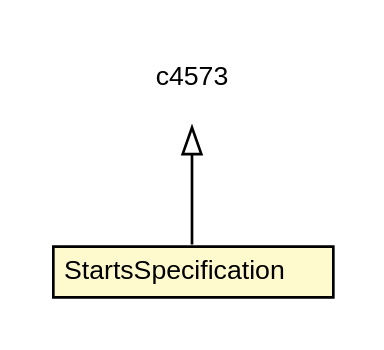
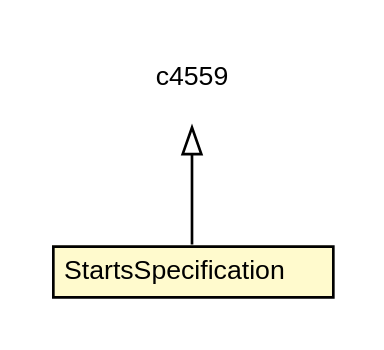
The diagram in dddlib-domain/testapidocs/org/dayatang/domain/specification/StartsSpecification.dot (dayatang/dddlib), drawn with Graphviz before and after one commit. The commit also changed 869 other files, not shown here.

```diff
--- a/dddlib-domain/testapidocs/org/dayatang/domain/specification/StartsSpecification.dot
+++ b/dddlib-domain/testapidocs/org/dayatang/domain/specification/StartsSpecification.dot
@@ -1,20 +1,20 @@
 #!/usr/local/bin/dot
 #
 # Class diagram 
 # Generated by UMLGraph version R5_6_6-8-g8d7759 (http://www.umlgraph.org/)
 #
 
 digraph G {
 	edge [fontname="Helvetica",fontsize=10,labelfontname="Helvetica",labelfontsize=10];
 	node [fontname="Helvetica",fontsize=10,shape=plaintext];
 	nodesep=0.25;
 	ranksep=0.5;
 	// org.dayatang.domain.specification.StartsSpecification
-	c4567 [label=<<table title="org.dayatang.domain.specification.StartsSpecification" border="0" cellborder="1" cellspacing="0" cellpadding="2" port="p" bgcolor="lemonChiffon" href="./StartsSpecification.html">
+	c4553 [label=<<table title="org.dayatang.domain.specification.StartsSpecification" border="0" cellborder="1" cellspacing="0" cellpadding="2" port="p" bgcolor="lemonChiffon" href="./StartsSpecification.html">
 		<tr><td><table border="0" cellspacing="0" cellpadding="1">
 <tr><td align="center" balign="center"> StartsSpecification </td></tr>
 		</table></td></tr>
 		</table>>, URL="./StartsSpecification.html", fontname="Helvetica", fontcolor="black", fontsize=10.0];
 	//org.dayatang.domain.specification.StartsSpecification extends <any>
-	c4573:p -> c4567:p [dir=back,arrowtail=empty];
+	c4559:p -> c4553:p [dir=back,arrowtail=empty];
 }
```
